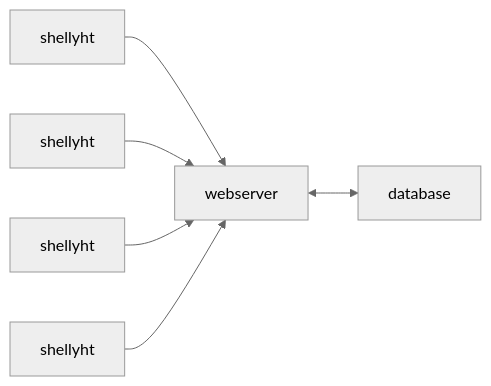
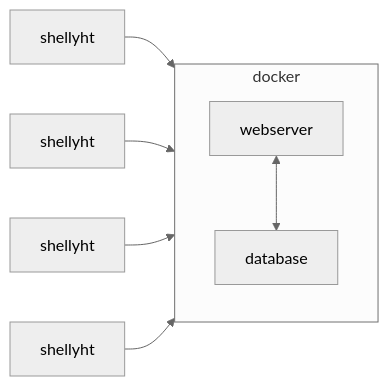
Before and after one commit to varkenvarken/shellyhtcollector2: the diagram in README.md, drawn with Mermaid (neutral theme). The commit also changed other lines of this file, not shown here.

````diff
--- a/README.md
+++ b/README.md
@@ -156,7 +145,10 @@
 ```mermaid
 flowchart LR
-    s1[shellyht] --> w[webserver] <--> d[database]
-    s2[shellyht] --> w[webserver]
-    s3[shellyht] --> w[webserver]
-    s4[shellyht] --> w[webserver]
+    s1[shellyht] --> docker
+    s2[shellyht] --> docker
+    s3[shellyht] --> docker
+    s4[shellyht] --> docker
+    subgraph docker
+        w[webserver] <--> d[database]
+    end
 ```
````
